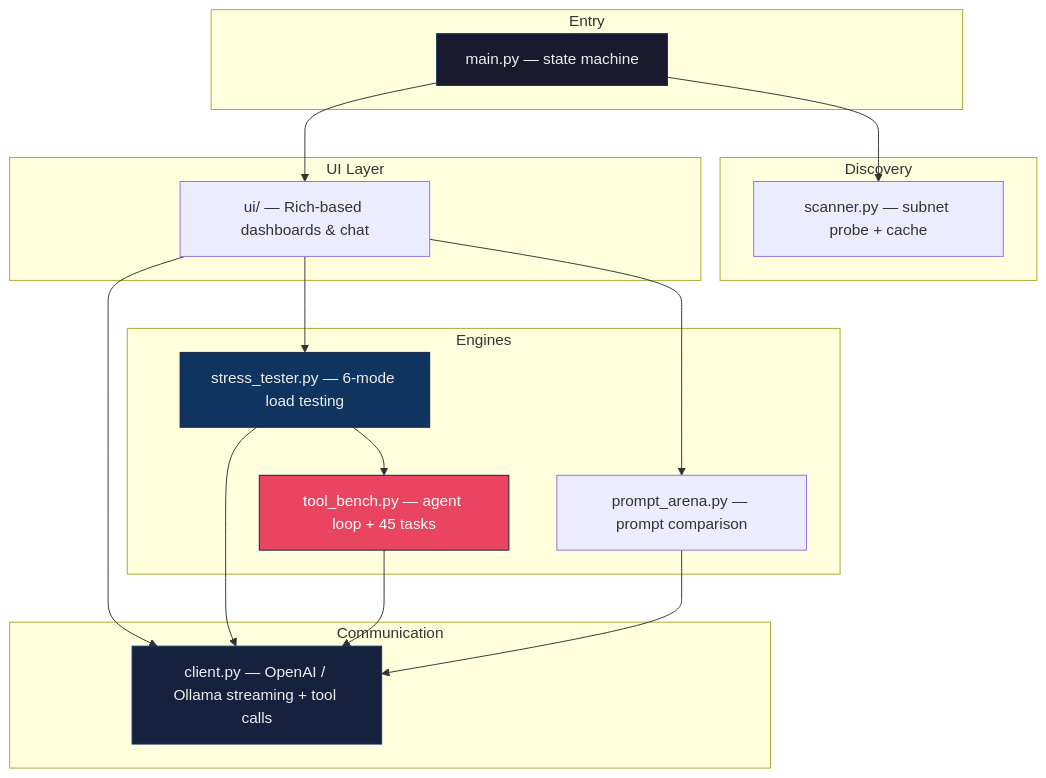
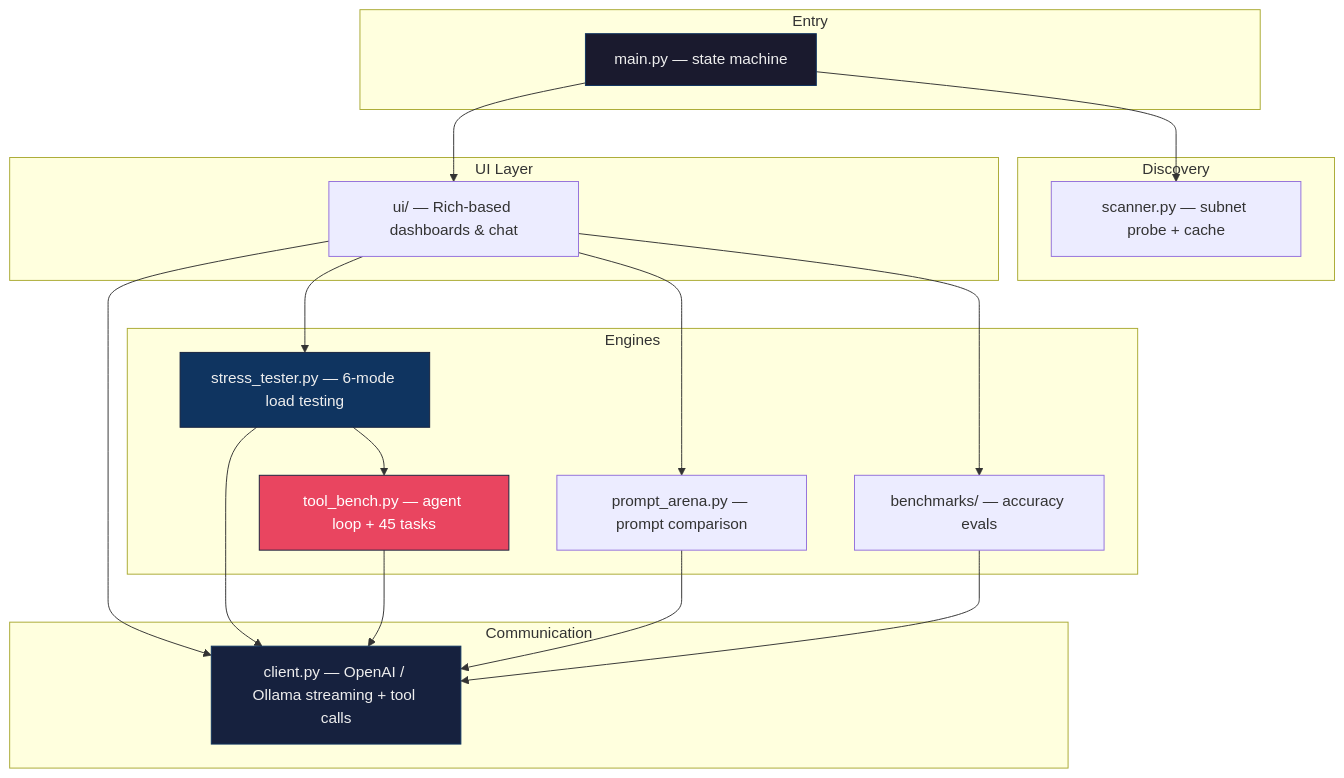
Before and after one commit to mtecnic/model-chat-cli: the second of 2 diagrams in README.md, drawn with Mermaid. The commit also changed other lines of this file and 16 other files, not shown here.

First line of the commit message:
Add /bench accuracy benchmarks (GSM8K, MMLU-Pro, ARC-Challenge, HumanEval)

````diff
--- a/README.md
+++ b/README.md
@@ -300,35 +324,38 @@
 ```mermaid
 graph TB
     subgraph "Entry"
         M[main.py — state machine]
     end
     subgraph "Discovery"
         S[scanner.py — subnet probe + cache]
     end
     subgraph "Communication"
         C[client.py — OpenAI / Ollama streaming + tool calls]
     end
     subgraph "Engines"
         ST[stress_tester.py — 6-mode load testing]
         TB[tool_bench.py — agent loop + 45 tasks]
         PA[prompt_arena.py — prompt comparison]
+        BM[benchmarks/ — accuracy evals]
     end
     subgraph "UI Layer"
         UI[ui/ — Rich-based dashboards & chat]
     end
 
     M --> S
     M --> UI
     UI --> C
     UI --> ST
     UI --> PA
     ST --> TB
     ST --> C
     TB --> C
     PA --> C
+    UI --> BM
+    BM --> C
 
     style M fill:#1a1a2e,color:#eee,stroke:#0f3460
     style C fill:#16213e,color:#eee,stroke:#0f3460
     style TB fill:#e94560,color:#fff,stroke:#16213e
     style ST fill:#0f3460,color:#eee,stroke:#16213e
 ```
````
